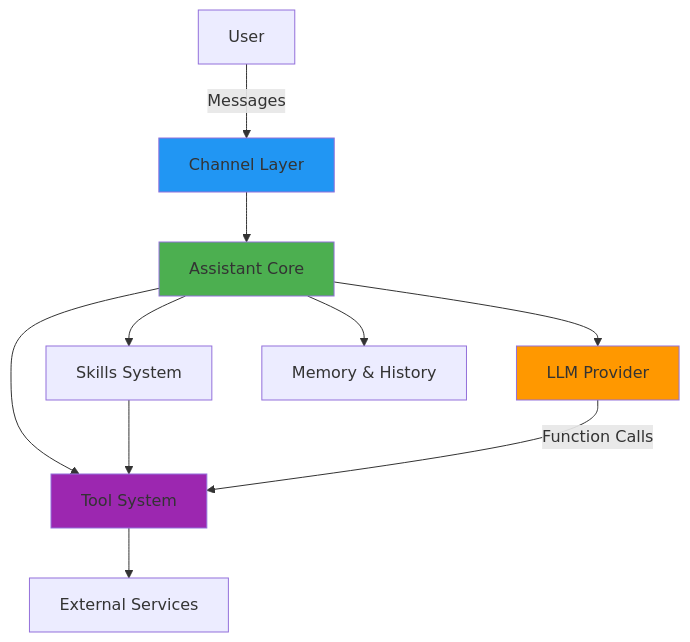
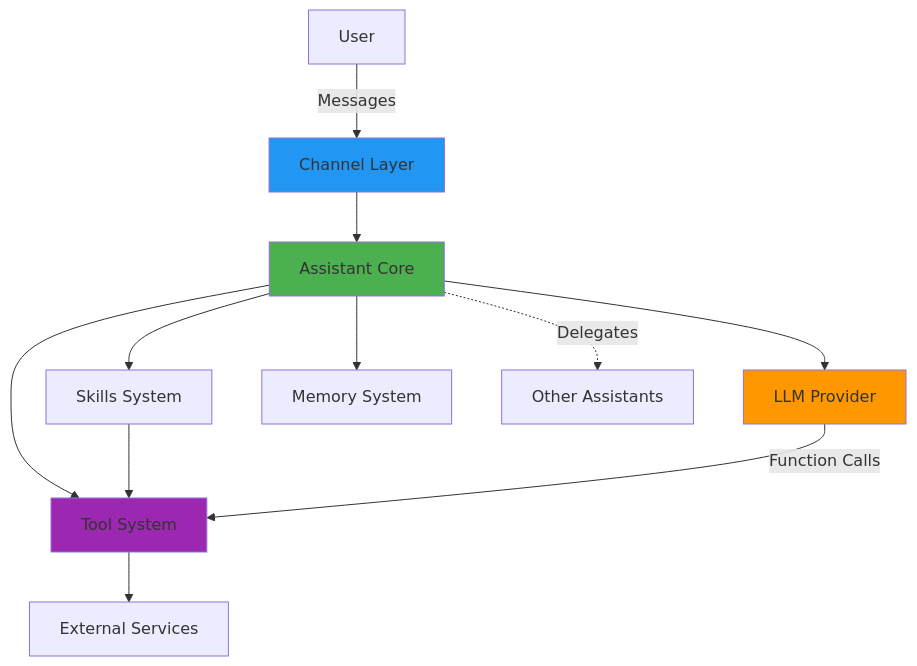
One commit to wutsi/kokibot changed the first of 14 diagrams in ARCHITECTURE.md. Above: the diagram before and after it, drawn with Mermaid. The commit also changed other lines of this file and 6 other files, not shown here.

````diff
--- a/ARCHITECTURE.md
+++ b/ARCHITECTURE.md
@@ -19,17 +21,18 @@
 ```mermaid
 graph TB
     User[User] -->|Messages| Channel[Channel Layer]
     Channel --> Assistant[Assistant Core]
     Assistant --> LLM[LLM Provider]
     Assistant --> Tools[Tool System]
     Assistant --> Skills[Skills System]
-    Assistant --> Memory[Memory & History]
+    Assistant --> Memory[Memory System]
     Tools --> External[External Services]
     Skills --> Tools
     LLM -->|Function Calls| Tools
+    Assistant -.->|Delegates| OtherAssistants[Other Assistants]
     
     style Assistant fill:#4CAF50
     style Channel fill:#2196F3
     style LLM fill:#FF9800
     style Tools fill:#9C27B0
 ```
````
